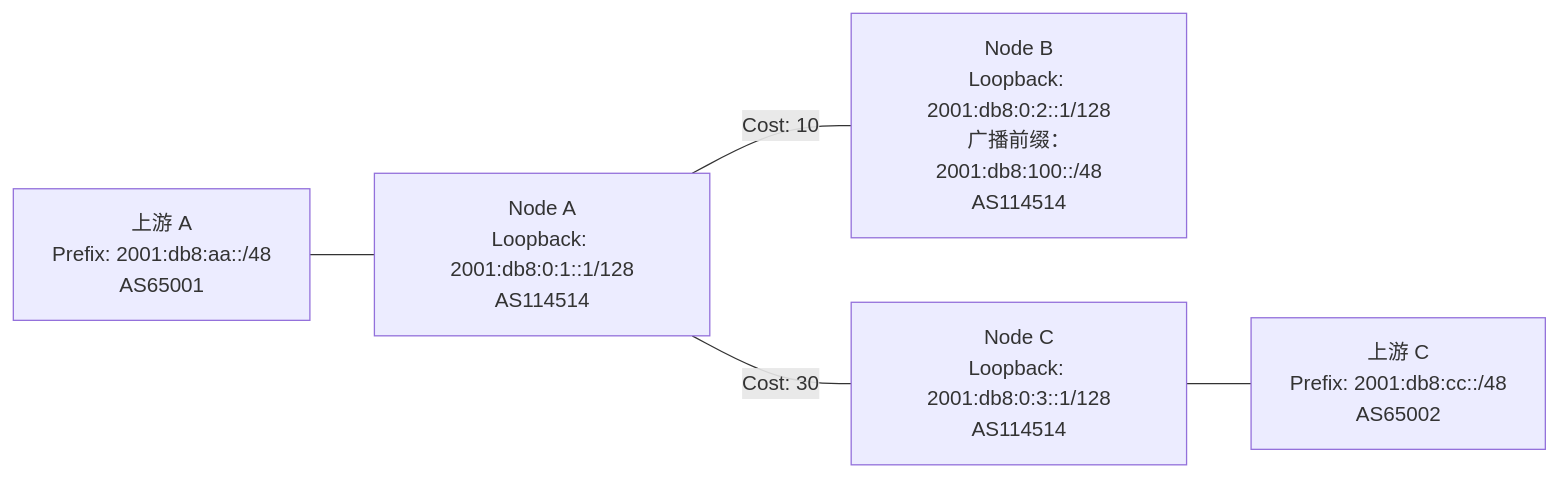
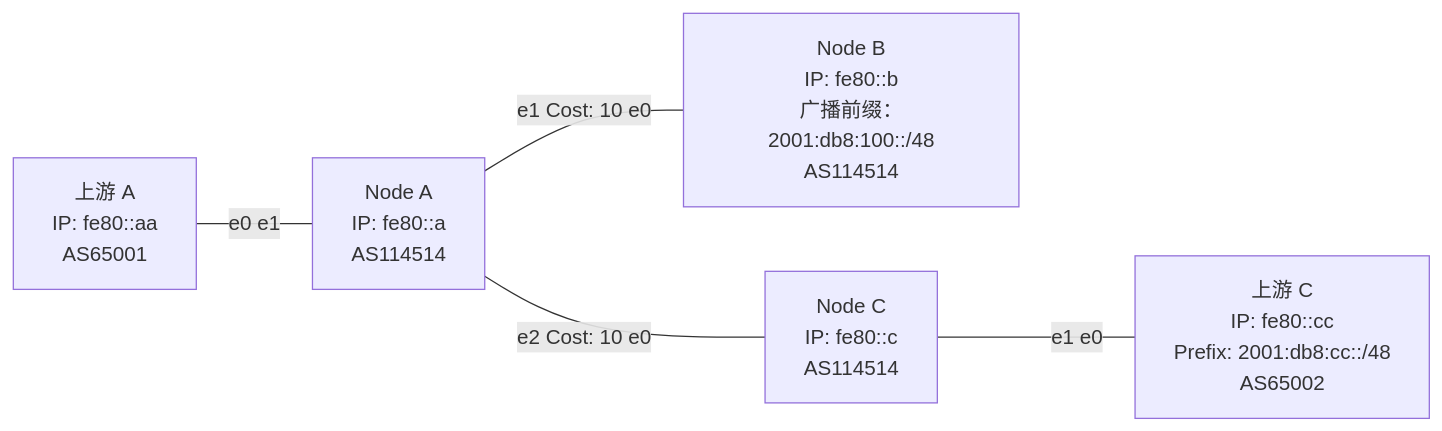
One commit to SkywolfCloud/routing-wiki changed the diagram in src/content/docs/beginner/multi-location/lab.mdx. Above: the diagram before and after it, drawn with Mermaid. The commit also changed other lines of this file and 15 other files, not shown here.

````diff
--- a/src/content/docs/beginner/multi-location/lab.mdx
+++ b/src/content/docs/beginner/multi-location/lab.mdx
@@ -10,13 +10,12 @@
 ```mermaid
 graph LR
-  UpA[上游 A<br/>Prefix: 2001:db8:aa::/48<br/>AS65001]
-  A[Node A<br/>Loopback: 2001:db8:0:1::1/128<br/>AS114514]
-  B[Node B<br/>Loopback: 2001:db8:0:2::1/128<br/>广播前缀：2001:db8:100::/48<br/>AS114514]
-  C[Node C<br/>Loopback: 2001:db8:0:3::1/128<br/>AS114514]
-  UpC[上游 C<br/>Prefix: 2001:db8:cc::/48<br/>AS65002]
-  UpA --- A
-  A ---|"Cost: 10"| B
-  A ---|"Cost: 30"| C
-
-  C --- UpC
+  UpA[上游 A<br/>IP: fe80::aa<br/>AS65001]
+  A[Node A<br/>IP: fe80::a<br/>AS114514]
+  B[Node B<br/>IP: fe80::b<br/>广播前缀：2001:db8:100::/48<br/>AS114514]
+  C[Node C<br/>IP: fe80::c<br/>AS114514]
+  UpC[上游 C<br/>IP: fe80::cc<br/>Prefix: 2001:db8:cc::/48<br/>AS65002]
+  UpA ---|"e0   e1"| A
+  A ---|"e1  Cost: 10  e0"| B
+  A ---|"e2  Cost: 10  e0"| C
+  C ---|"e1   e0"| UpC
 ```
````
